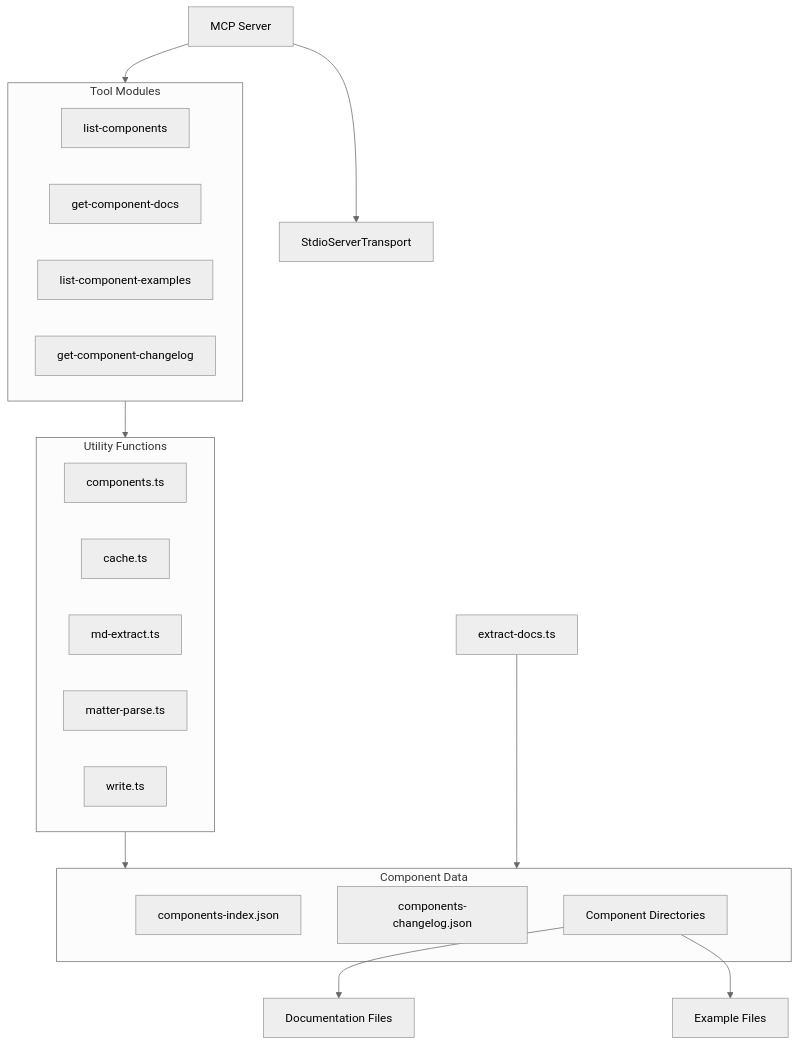
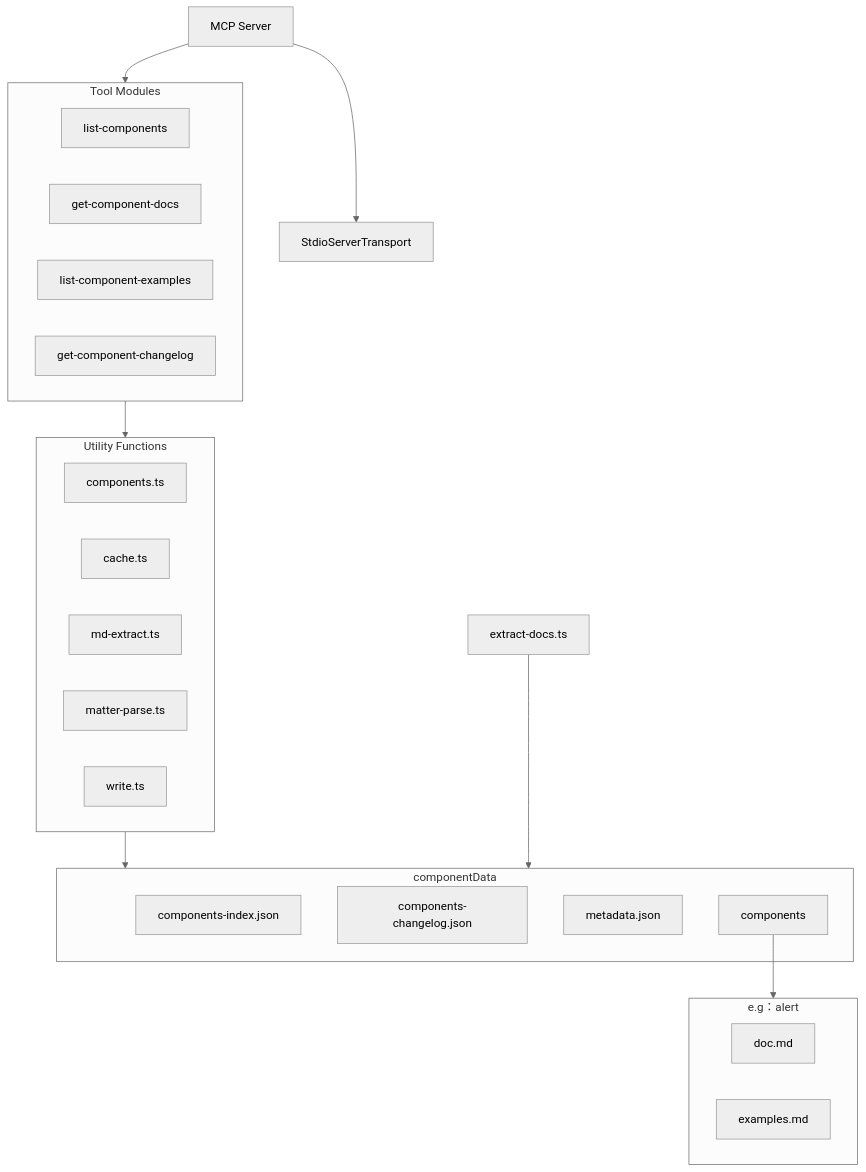
One commit to zhixiaoqiang/antd-components-mcp changed the first of 4 diagrams in README.md. Above: the diagram before and after it, drawn with Mermaid (neutral theme). The commit also changed other lines of this file and 11 other files, not shown here.

````diff
--- a/README.md
+++ b/README.md
@@ -174,41 +178,47 @@
 ```mermaid
 graph TD
     %% Main modules
     Server[MCP Server] --> Tools
     Server --> Transport[StdioServerTransport]
     
     %% Tool modules
     subgraph Tools[Tool Modules]
         ListComponents[list-components]
         GetDocs[get-component-docs]
         ListExamples[list-component-examples]
         GetChangelog[get-component-changelog]
     end
     
     %% Tool utility functions
     Tools --> Utils
     
     subgraph Utils[Utility Functions]
         Components[components.ts]
         Cache[cache.ts]
         MdExtract[md-extract.ts]
         MatterParse[matter-parse.ts]
         Write[write.ts]
     end
     
     %% Data storage
     Utils --> ComponentData
     
-    subgraph ComponentData[Component Data]
+    subgraph ComponentData[componentData]
         CompIndex[components-index.json]
         CompChangelog[components-changelog.json]
-        CompDirs[Component Directories]
+        MetaData[metadata.json]
+        CompDirs[components]
     end
     
     %% Component directory details
-    CompDirs --> DocFiles[Documentation Files]
-    CompDirs --> ExampleFiles[Example Files]
+    
+    subgraph ComponentDirs[e.g：alert]
+        DocFiles[doc.md]
+        ExampleFiles[examples.md]
+    end
+
+    CompDirs --> ComponentDirs
     
     %% Data extraction script
     Scripts[extract-docs.ts] --> ComponentData
 ```
````
